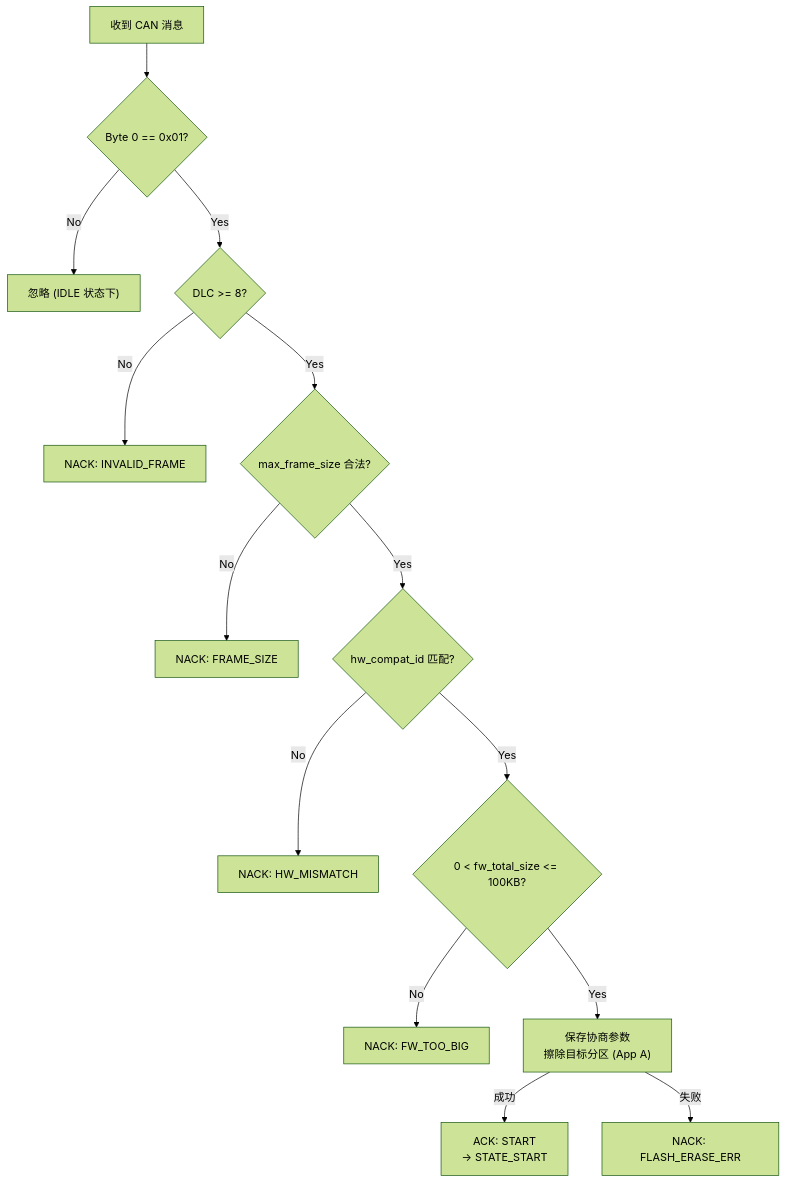
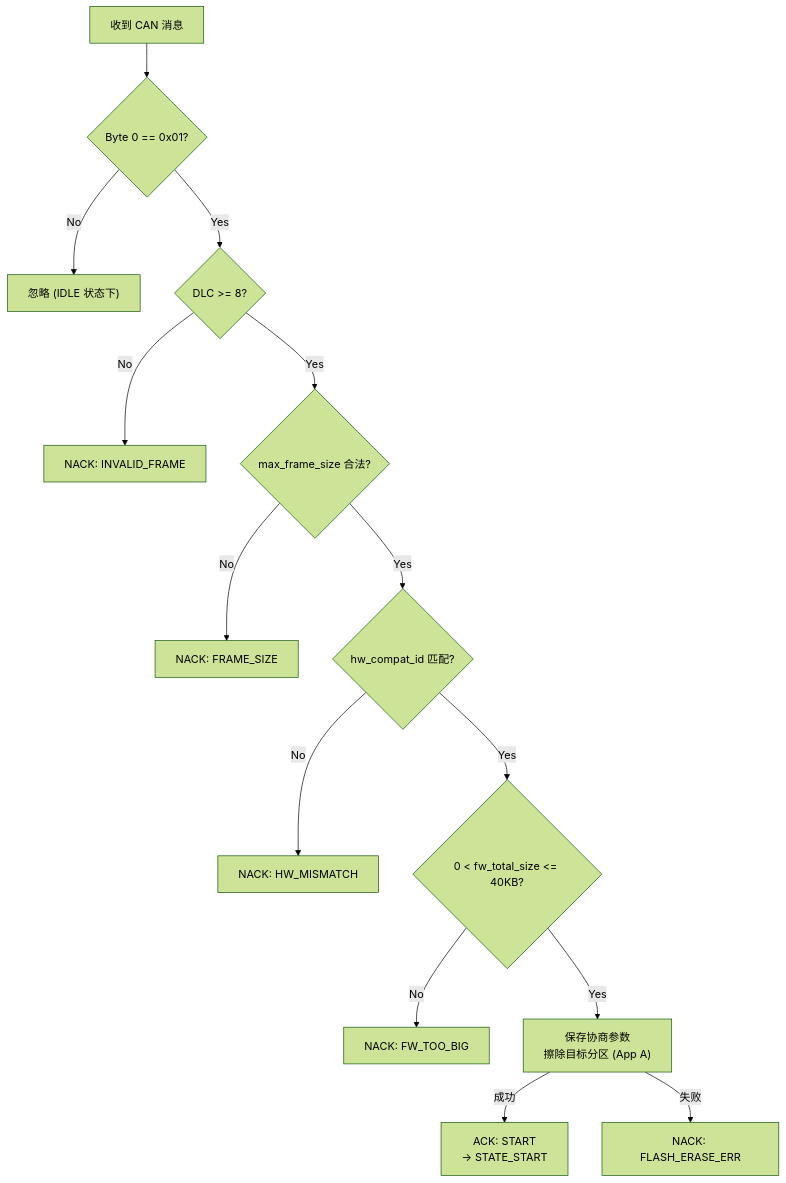
One commit to fubingyan2026/stm32_g474_boot changed the third of 8 diagrams in boot_protocol_spec.md. Above: the diagram before and after it, drawn with Mermaid (forest theme). The commit also changed other lines of this file and 31 other files, not shown here.

````diff
--- a/boot_protocol_spec.md
+++ b/boot_protocol_spec.md
@@ -191,16 +191,16 @@
 ```mermaid
 flowchart TD
     A["收到 CAN 消息"] --> B{"Byte 0 == 0x01?"}
     B -->|No| C["忽略 (IDLE 状态下)"]
     B -->|Yes| D{"DLC >= 8?"}
     D -->|No| E["NACK: INVALID_FRAME"]
     D -->|Yes| F{"max_frame_size 合法?"}
     F -->|No| G["NACK: FRAME_SIZE"]
     F -->|Yes| H{"hw_compat_id 匹配?"}
     H -->|No| I["NACK: HW_MISMATCH"]
-    H -->|Yes| J{"0 < fw_total_size <= 100KB?"}
+    H -->|Yes| J{"0 < fw_total_size <= 40KB?"}
     J -->|No| K["NACK: FW_TOO_BIG"]
     J -->|Yes| L["保存协商参数<br/>擦除目标分区 (App A)"]
     L -->|成功| M["ACK: START<br/>→ STATE_START"]
     L -->|失败| N["NACK: FLASH_ERASE_ERR"]
 ```
````
